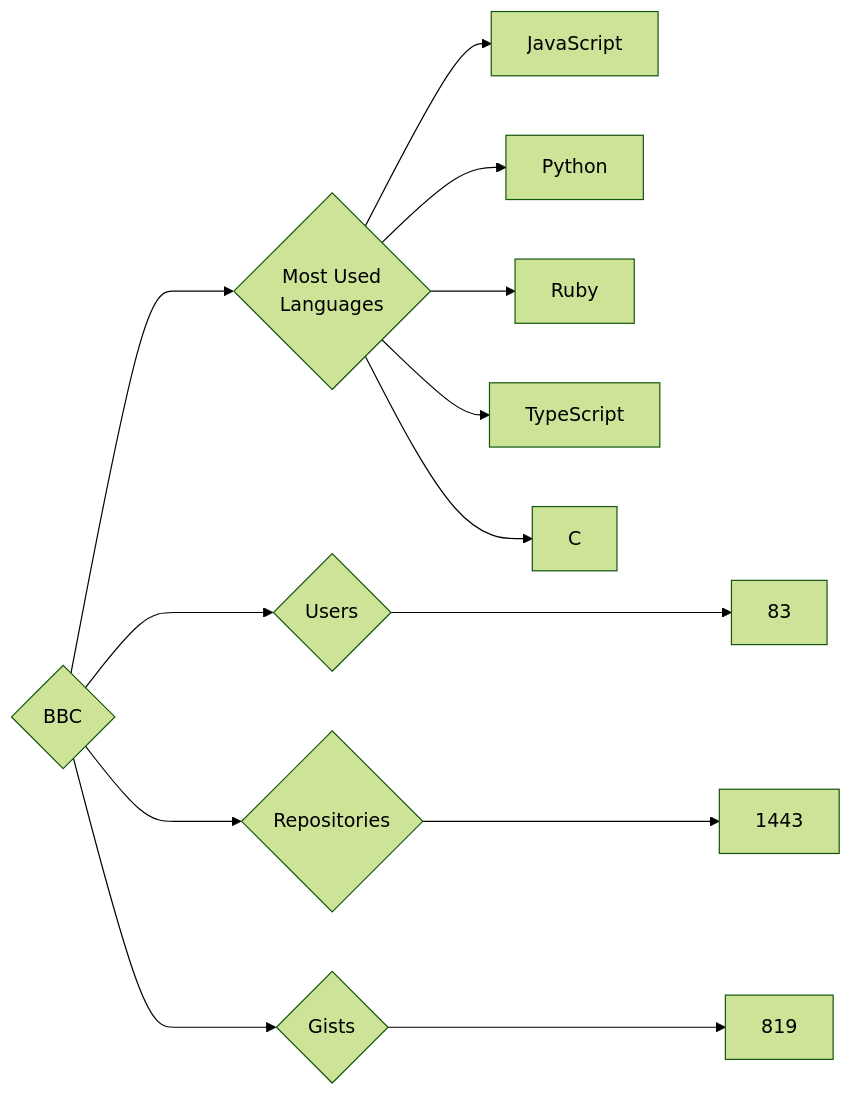
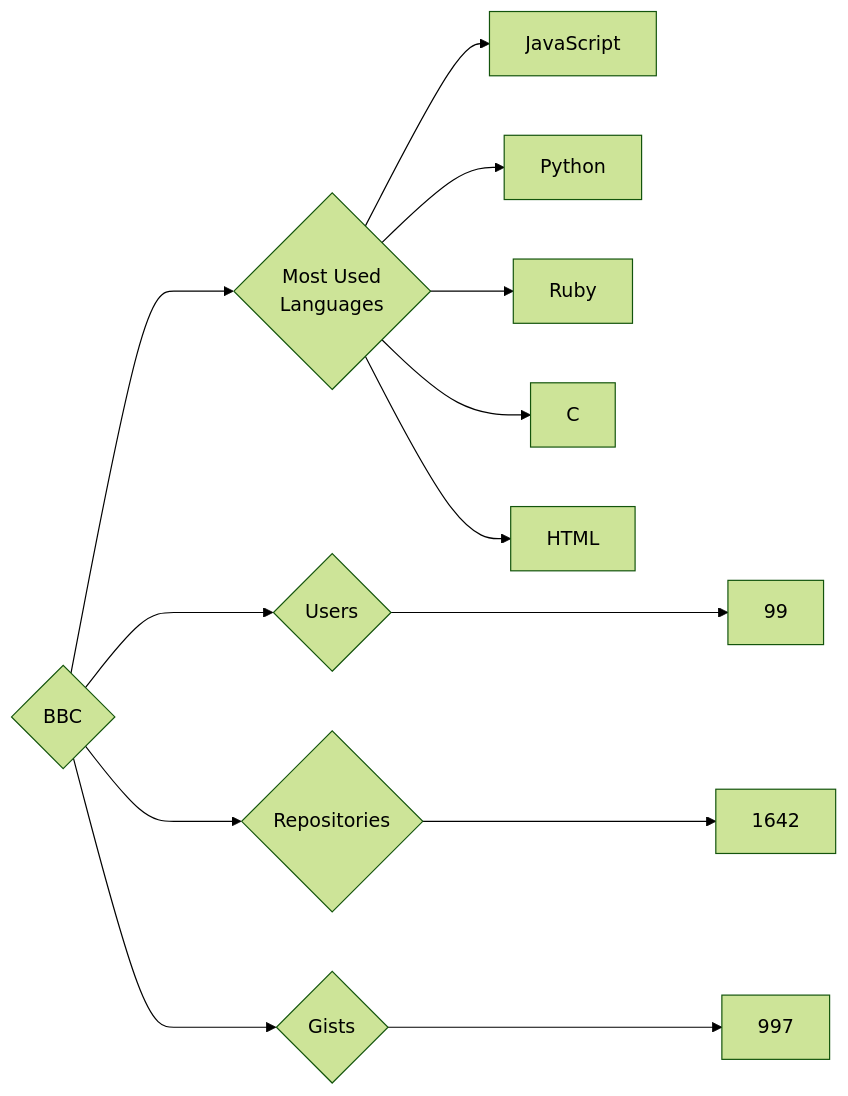
One commit to trickest/insiders changed the diagram in targets/BBC/README.md. Above: the diagram before and after it, drawn with Mermaid (forest theme). The commit also changed 1084 other files, not shown here.

````diff
--- a/targets/BBC/README.md
+++ b/targets/BBC/README.md
@@ -3,13 +3,13 @@
 ```mermaid
 graph LR
 COMPANY_NAME{BBC}
-COMPANY_NAME ---> U{Users} ---> UN[83]
-COMPANY_NAME ---> R{Repositories} ---> RN[1443]
-COMPANY_NAME ---> G{Gists} ---> GN[819]
+COMPANY_NAME ---> U{Users} ---> UN[99]
+COMPANY_NAME ---> R{Repositories} ---> RN[1642]
+COMPANY_NAME ---> G{Gists} ---> GN[997]
 COMPANY_NAME ---> ML{Most Used<br>Languages}
 ML --> JavaScript[JavaScript]
 ML --> Python[Python]
 ML --> Ruby[Ruby]
-ML --> TypeScript[TypeScript]
 ML --> C[C]
+ML --> HTML[HTML]
 ```
````
